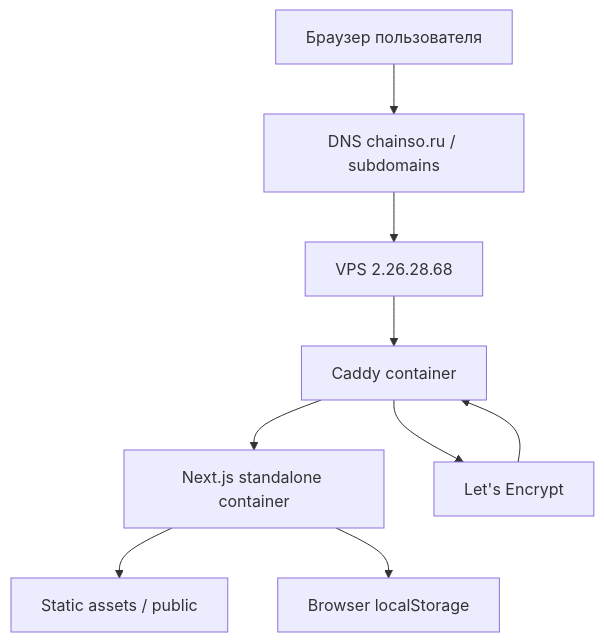
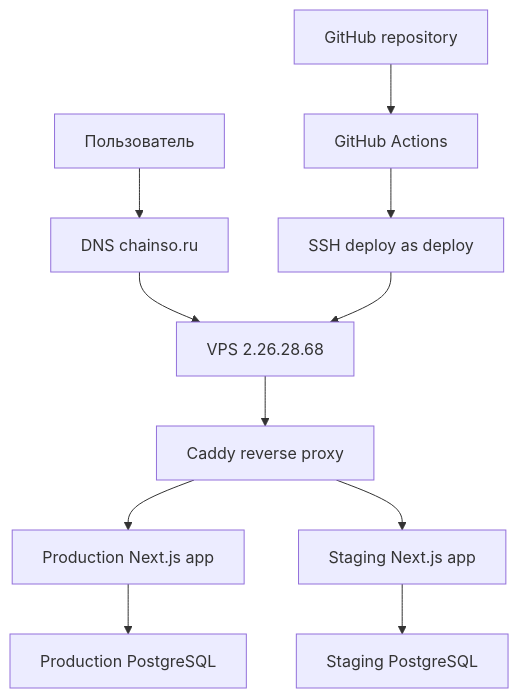
One commit to hertz143g/chainso changed the first of 5 diagrams in docs/PROJECT_INFRASTRUCTURE.md. Above: the diagram before and after it, drawn with Mermaid. The commit also changed other lines of this file, not shown here.

````diff
--- a/docs/PROJECT_INFRASTRUCTURE.md
+++ b/docs/PROJECT_INFRASTRUCTURE.md
@@ -100,12 +77,16 @@
 ```mermaid
 flowchart TD
-  Browser["Браузер пользователя"] --> DNS["DNS chainso.ru / subdomains"]
+  User["Пользователь"] --> DNS["DNS chainso.ru"]
   DNS --> VPS["VPS 2.26.28.68"]
-  VPS --> Caddy["Caddy container"]
-  Caddy --> NextApp["Next.js standalone container"]
-  NextApp --> Static["Static assets / public"]
-  NextApp --> LocalStorage["Browser localStorage"]
+  VPS --> Caddy["Caddy reverse proxy"]
 
-  Caddy --> LE["Let's Encrypt"]
-  LE --> Caddy
+  Caddy --> ProdApp["Production Next.js app"]
+  Caddy --> StagingApp["Staging Next.js app"]
+
+  ProdApp --> ProdDb["Production PostgreSQL"]
+  StagingApp --> StagingDb["Staging PostgreSQL"]
+
+  GitHub["GitHub repository"] --> Actions["GitHub Actions"]
+  Actions --> SSH["SSH deploy as deploy"]
+  SSH --> VPS
 ```
````
